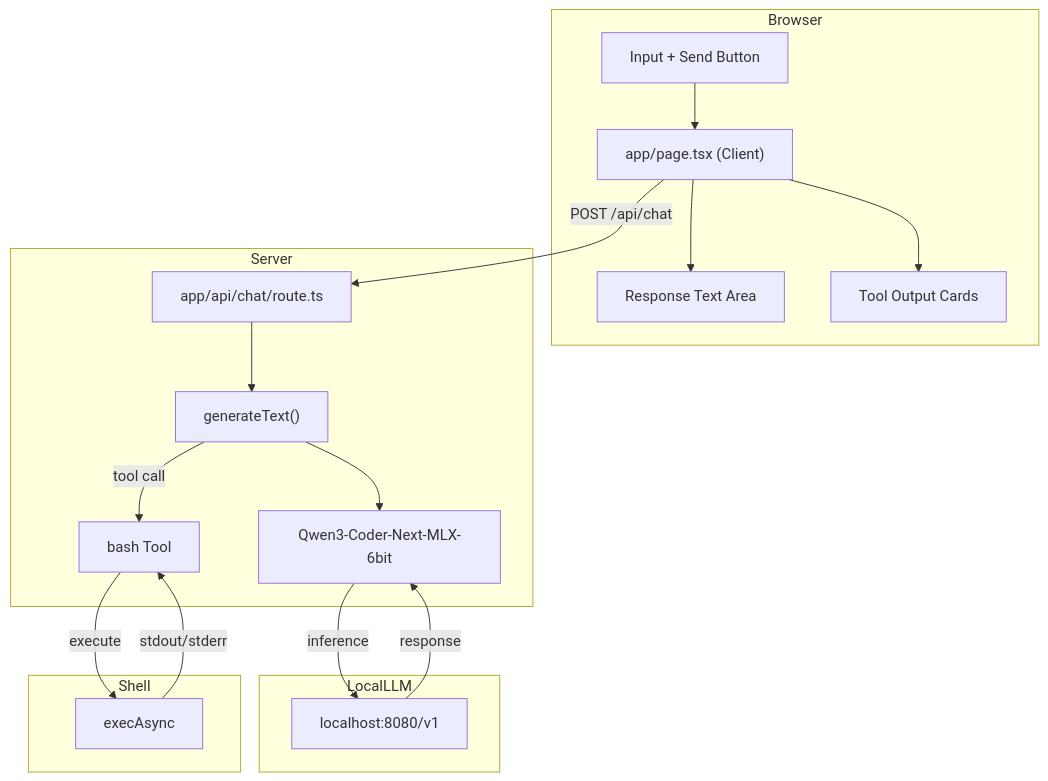
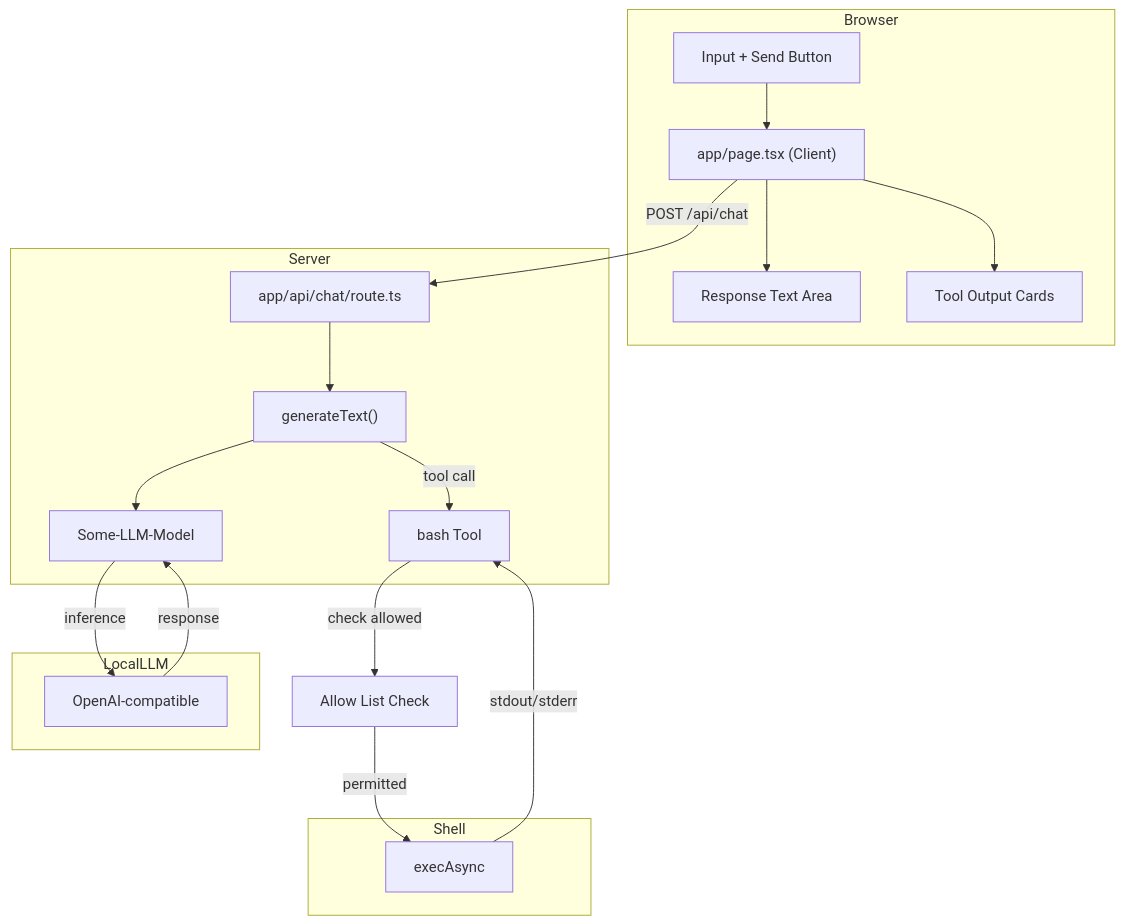
One commit to jlowder/Chatlets changed the diagram in vercel-ai/SPEC.md. Above: the diagram before and after it, drawn with Mermaid. The commit also changed other lines of this file, not shown here.

````diff
--- a/vercel-ai/SPEC.md
+++ b/vercel-ai/SPEC.md
@@ -68,36 +67,37 @@
 ```mermaid
 graph TB
     subgraph Browser
         Page["app/page.tsx (Client)"]
         Input["Input + Send Button"]
         Response["Response Text Area"]
         ToolCards["Tool Output Cards"]
     end
     
     subgraph Server
         API["app/api/chat/route.ts"]
         GenText["generateText()"]
-        Model["Qwen3-Coder-Next-MLX-6bit"]
+        Model["Some-LLM-Model"]
         BashTool["bash Tool"]
     end
     
     subgraph LocalLLM
-        MLX["localhost:8080/v1"]
+        LLM["OpenAI-compatible"]
     end
     
     subgraph Shell
         Cmd["execAsync"]
     end
     
     Input --> Page
     Page --> Response
     Page --> ToolCards
     Page --"POST /api/chat"--> API
     API --> GenText
     GenText --> Model
     GenText --"tool call"--> BashTool
-    BashTool --"execute"--> Cmd
+    BashTool --"check allowed"--> AllowList["Allow List Check"]
+    AllowList --"permitted"--> Cmd
     Cmd --"stdout/stderr"--> BashTool
-    Model --"inference"--> MLX
-    MLX --"response"--> Model
+    Model --"inference"--> LLM
+    LLM --"response"--> Model
 ```
````
